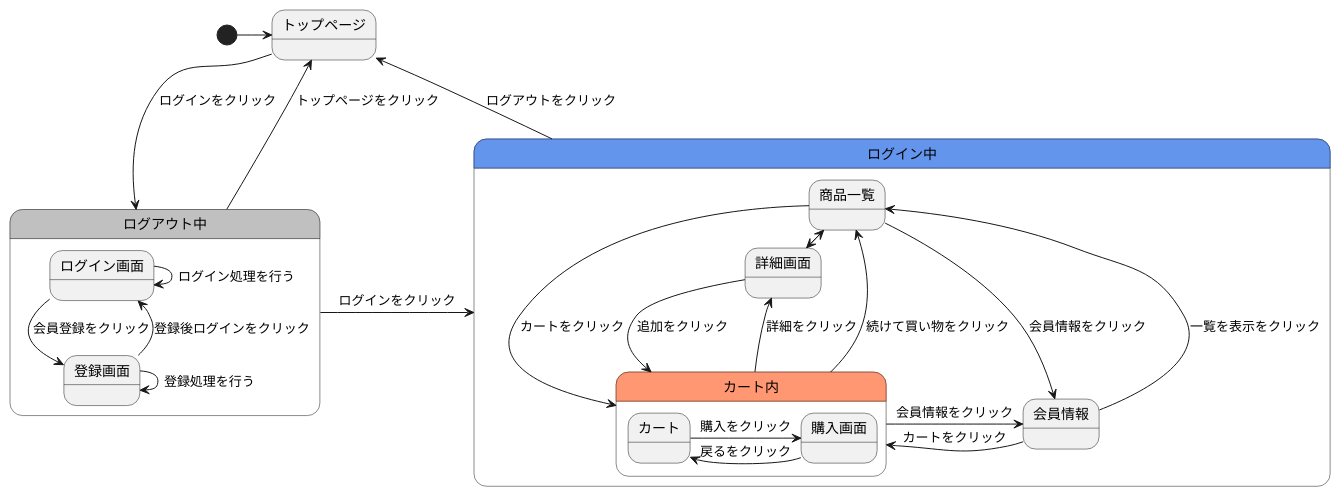
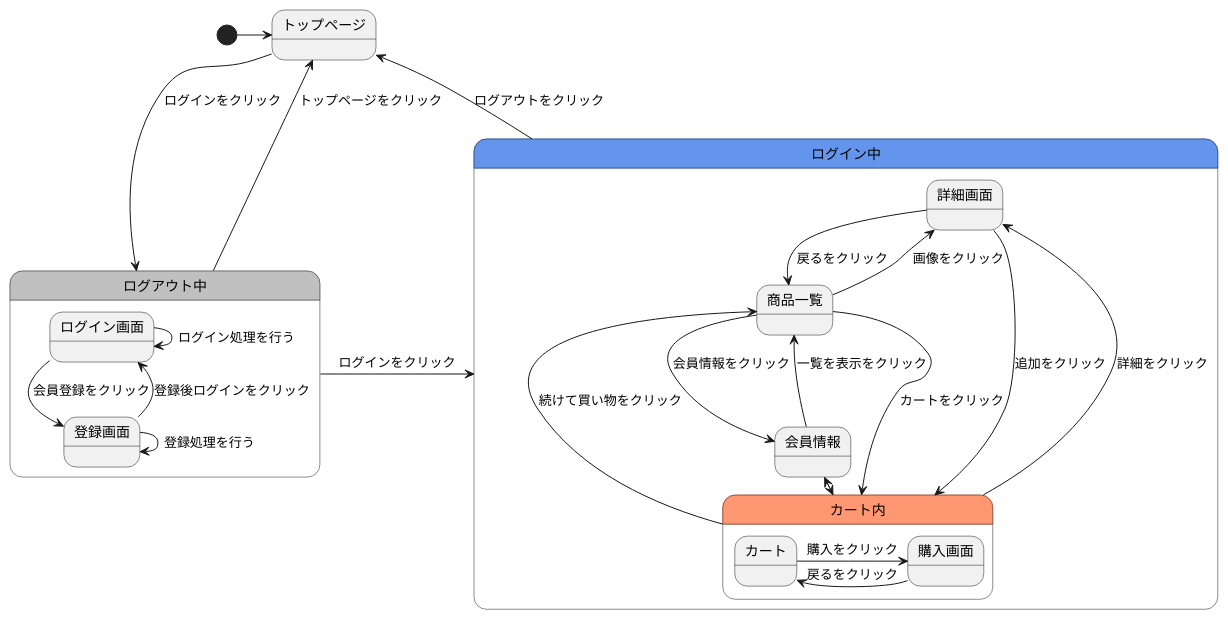
Before and after one commit to Aso2001409/2021sys-design: the diagram in gamen2.md, drawn with PlantUML.

````diff
--- a/gamen2.md
+++ b/gamen2.md
@@ -1,31 +1,31 @@
 ```uml
 @startuml
 [*]->トップページ
 トップページ-->ログアウト中 :ログインをクリック
 ログアウト中->トップページ :トップページをクリック
 ログイン中->トップページ : ログアウトをクリック
 state ログアウト中 #C0C0C0{
   ログイン画面-->登録画面 :会員登録をクリック
   ログイン画面->ログイン画面 :ログイン処理を行う
   登録画面->登録画面 :登録処理を行う
   登録画面--> ログイン画面 :登録後ログインをクリック
 }
 ログアウト中->ログイン中 :ログインをクリック
 state ログイン中 #6495ED{
-  商品一覧->詳細画面 :画像をクリック
+  商品一覧-->詳細画面 :画像をクリック
   商品一覧--->カート内 :カートをクリック
   商品一覧-->会員情報 :会員情報をクリック
   詳細画面->商品一覧 :戻るをクリック
   詳細画面->カート内 :追加をクリック
   会員情報->商品一覧 :一覧を表示をクリック
   会員情報->カート内 :カートをクリック
   state カート内 #FF9872{
     カート->購入画面 :購入をクリック
     購入画面->カート :戻るをクリック
     }  
   カート内->商品一覧 :続けて買い物をクリック
   カート内->会員情報 :会員情報をクリック
   カート内->詳細画面 :詳細をクリック
   }
 @enduml
 ```
````
